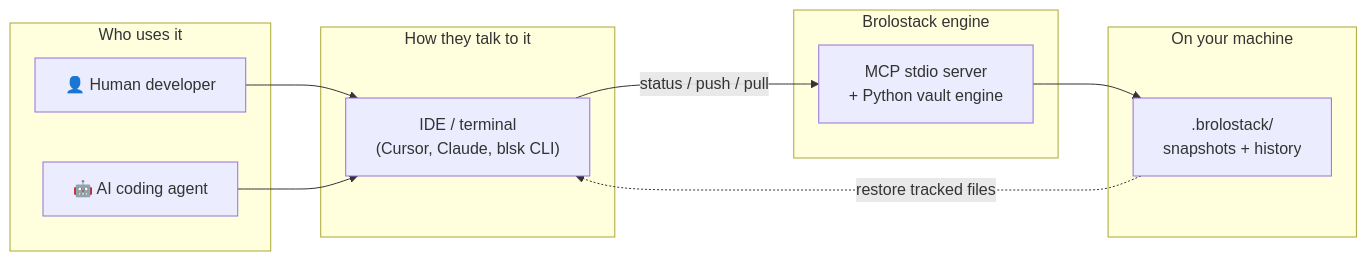
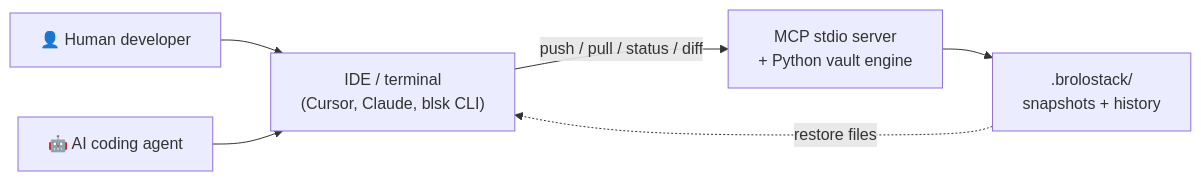
Before and after one commit to Beunec/beunec-site-staging: the diagram in Beunec Docs/brolostack.md, drawn with Mermaid. The commit also changed other lines of this file and 18 other files, not shown here.

````diff
--- a/Beunec Docs/brolostack.md
+++ b/Beunec Docs/brolostack.md
@@ -28,25 +19,8 @@
 ```mermaid
 flowchart LR
-  subgraph users["Who uses it"]
-    H["👤 Human developer"]
-    A["🤖 AI coding agent"]
-  end
-
-  subgraph surface["How they talk to it"]
-    IDE["IDE / terminal\n(Cursor, Claude, blsk CLI)"]
-  end
-
-  subgraph engine["Brolostack engine"]
-    MCP["MCP stdio server\n+ Python vault engine"]
-  end
-
-  subgraph storage["On your machine"]
-    V[".brolostack/\nsnapshots + history"]
-  end
-
-  H --> IDE
-  A --> IDE
-  IDE -->|"status / push / pull"| MCP
-  MCP --> V
-  V -.->|"restore tracked files"| IDE
+  H["👤 Human developer"] --> IDE
+  A["🤖 AI coding agent"] --> IDE
+  IDE["IDE / terminal<br/>(Cursor, Claude, blsk CLI)"] -->|"push / pull / status / diff"| MCP
+  MCP["MCP stdio server<br/>+ Python vault engine"] --> V
+  V[".brolostack/<br/>snapshots + history"] -.->|"restore files"| IDE
 ```
````
